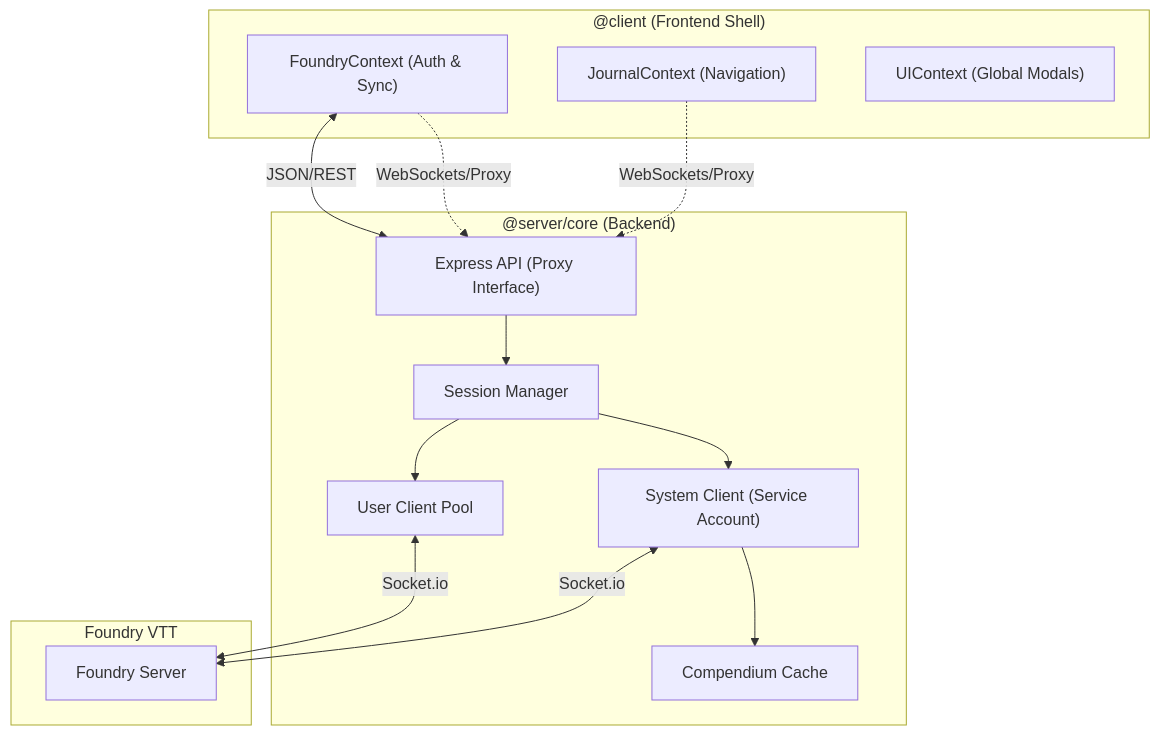
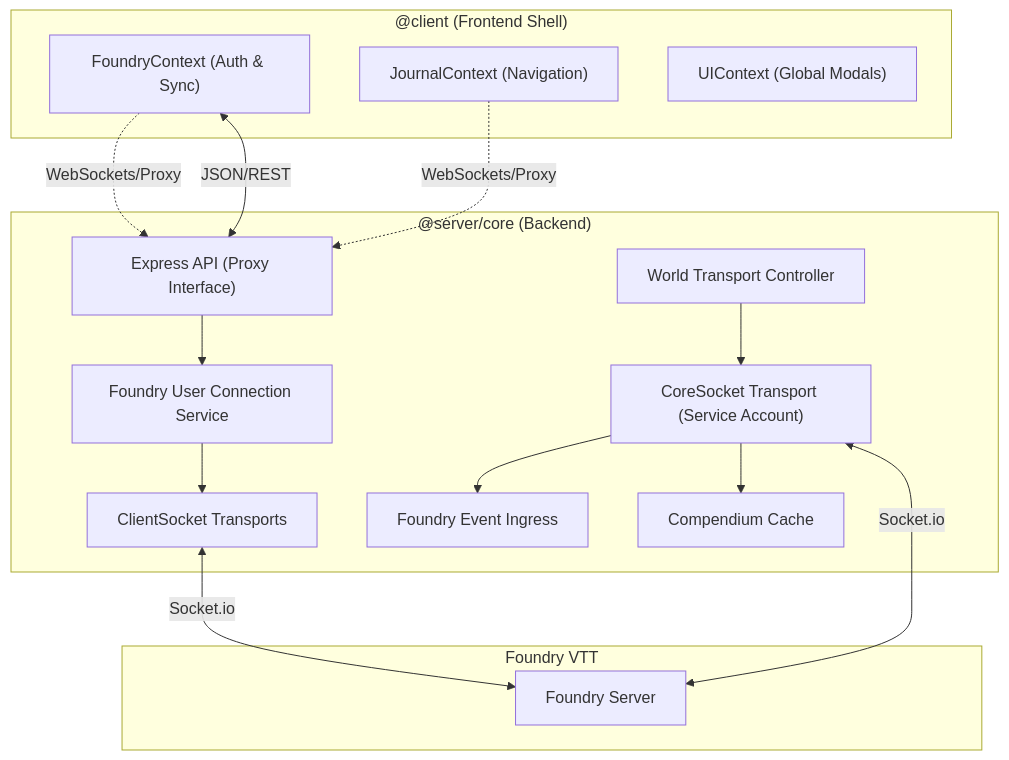
One commit to sheetdelver/sheetdelver changed the diagram in docs/architecture.md. Above: the diagram before and after it, drawn with Mermaid. The commit also changed other lines of this file and 52 other files, not shown here.

Commit message:
Make socket implementation more transport focused. Cleaned up clientsocket session handling and moved it to ConnectionService. Added FoundryEventIngress to handle document routing, presence, shared content and teardown store mutation.

````diff
--- a/docs/architecture.md
+++ b/docs/architecture.md
@@ -28,31 +28,34 @@
 ```mermaid
 graph TD
     subgraph "@server/core (Backend)"
         API["Express API (Proxy Interface)"]
-        SM["Session Manager"]
+        FUC["Foundry User Connection Service"]
+        WTC["World Transport Controller"]
+        INGRESS["Foundry Event Ingress"]
         CACHE["Compendium Cache"]
         
-        API --> SM
-        SM --> SYS["System Client (Service Account)"]
-        SM --> POOL["User Client Pool"]
+        API --> FUC
+        WTC --> SYS["CoreSocket Transport (Service Account)"]
+        FUC --> POOL["ClientSocket Transports"]
+        SYS --> INGRESS
         
         SYS --> CACHE
     end
 
     subgraph "@client (Frontend Shell)"
         FC["FoundryContext (Auth & Sync)"]
         JC["JournalContext (Navigation)"]
         UC["UIContext (Global Modals)"]
         
         FC -. WebSockets/Proxy .-> API
         JC -. WebSockets/Proxy .-> API
     end
     
     subgraph "Foundry VTT"
         FVTT["Foundry Server"]
     end
 
     FC <-- JSON/REST --> API
     SYS <-- Socket.io --> FVTT
     POOL <-- Socket.io --> FVTT
 ```
````
